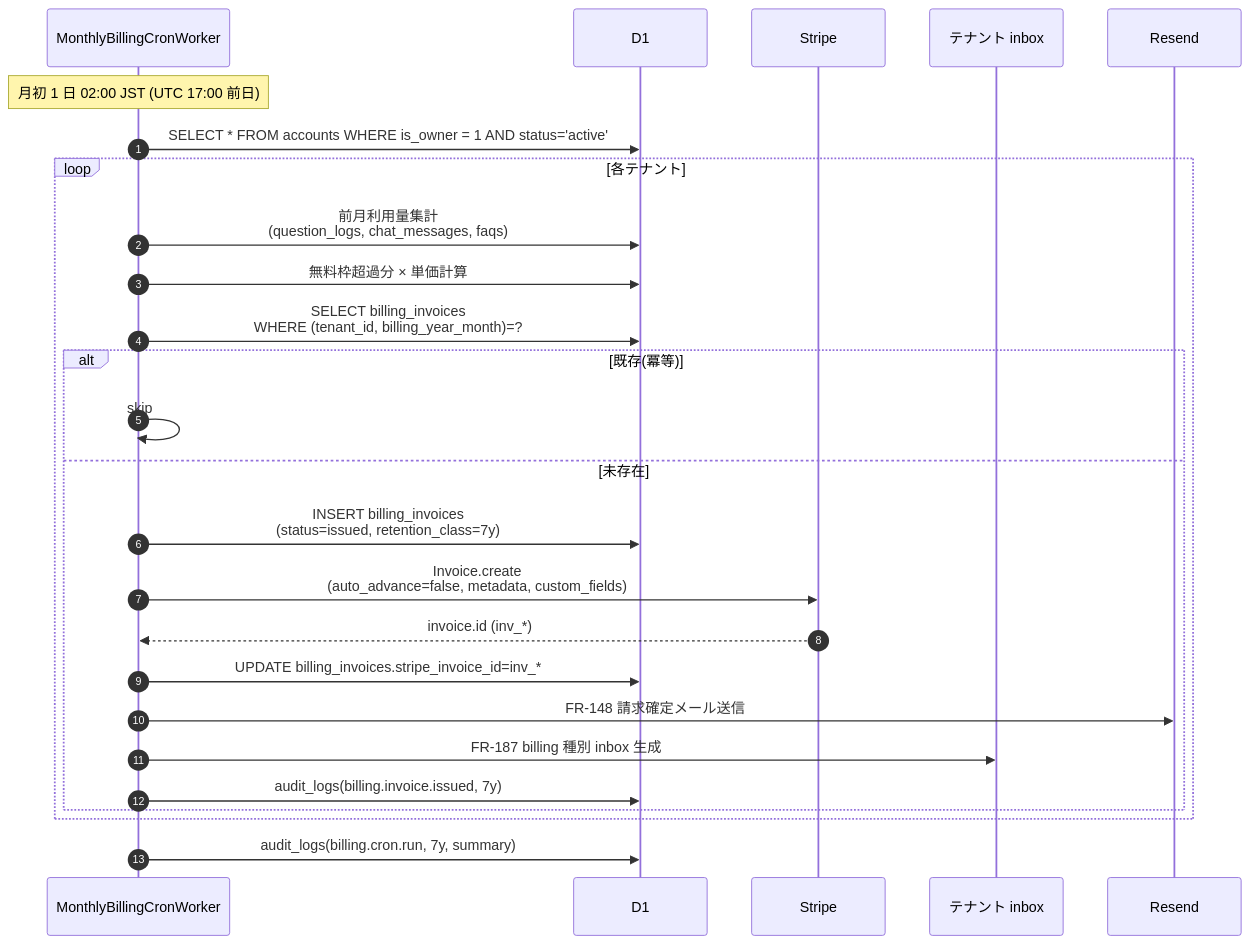
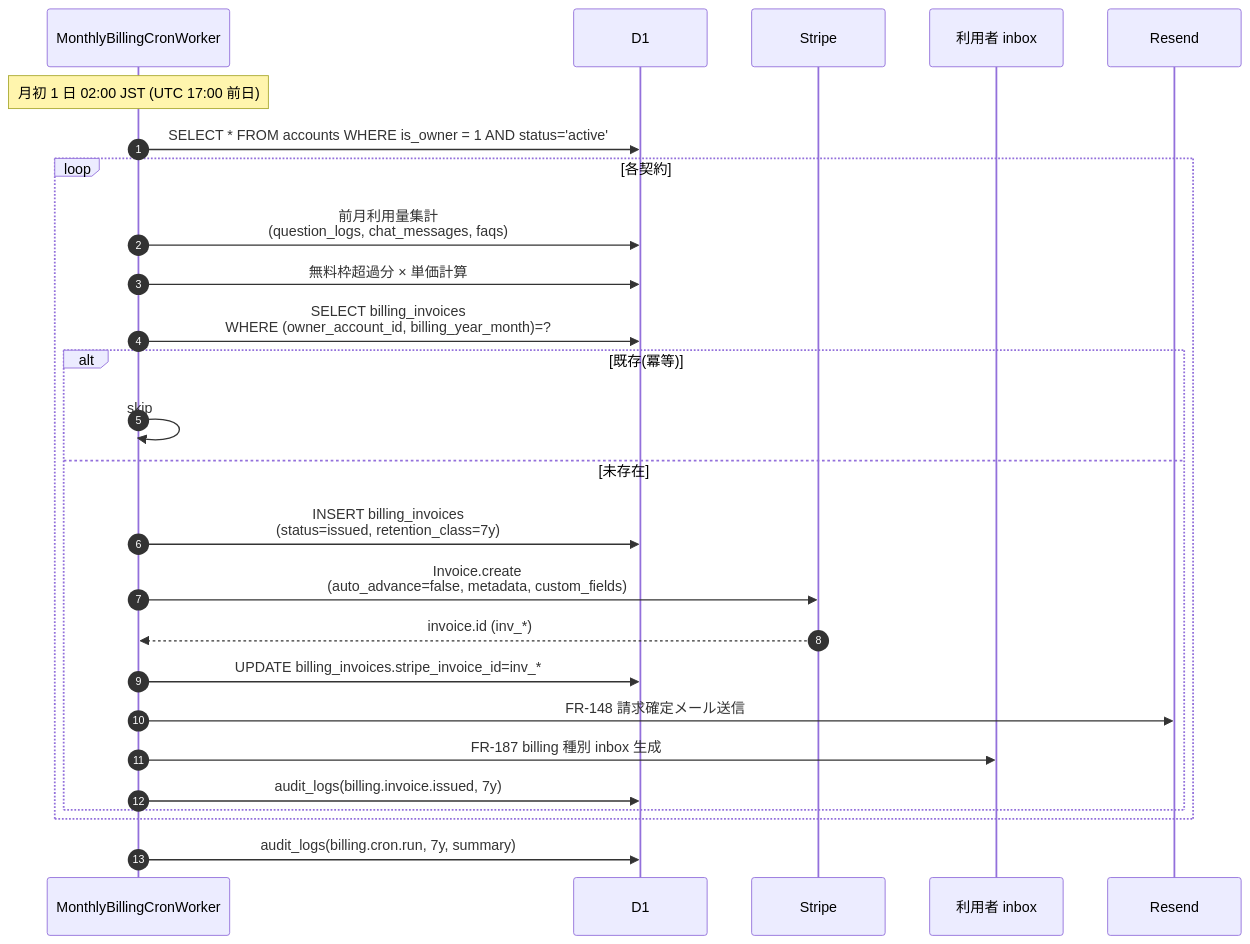
Before and after one commit to sikakou54/open-faq: diagram 19 of 25 in 02_admin/03_detailed_design.md, drawn with Mermaid. The commit also changed other lines of this file and 22 other files, not shown here.

````diff
--- a/02_admin/03_detailed_design.md
+++ b/02_admin/03_detailed_design.md
@@ -1819,29 +1819,29 @@
 ```mermaid
 sequenceDiagram
     autonumber
     participant Cron as MonthlyBillingCronWorker
     participant D1
     participant Stripe
-    participant TenantInbox as テナント inbox
+    participant OwnerInbox as 利用者 inbox
     participant Mail as Resend
 
     Note over Cron: 月初 1 日 02:00 JST (UTC 17:00 前日)
     Cron->>D1: SELECT * FROM accounts WHERE is_owner = 1 AND status='active'
-    loop 各テナント
+    loop 各契約
         Cron->>D1: 前月利用量集計<br/>(question_logs, chat_messages, faqs)
         Cron->>D1: 無料枠超過分 × 単価計算
-        Cron->>D1: SELECT billing_invoices<br/>WHERE (tenant_id, billing_year_month)=?
+        Cron->>D1: SELECT billing_invoices<br/>WHERE (owner_account_id, billing_year_month)=?
         alt 既存(冪等)
             Cron->>Cron: skip
         else 未存在
             Cron->>D1: INSERT billing_invoices<br/>(status=issued, retention_class=7y)
             Cron->>Stripe: Invoice.create<br/>(auto_advance=false, metadata, custom_fields)
             Stripe-->>Cron: invoice.id (inv_*)
             Cron->>D1: UPDATE billing_invoices.stripe_invoice_id=inv_*
             Cron->>Mail: FR-148 請求確定メール送信
-            Cron->>TenantInbox: FR-187 billing 種別 inbox 生成
+            Cron->>OwnerInbox: FR-187 billing 種別 inbox 生成
             Cron->>D1: audit_logs(billing.invoice.issued, 7y)
         end
     end
     Cron->>D1: audit_logs(billing.cron.run, 7y, summary)
 ```
````
